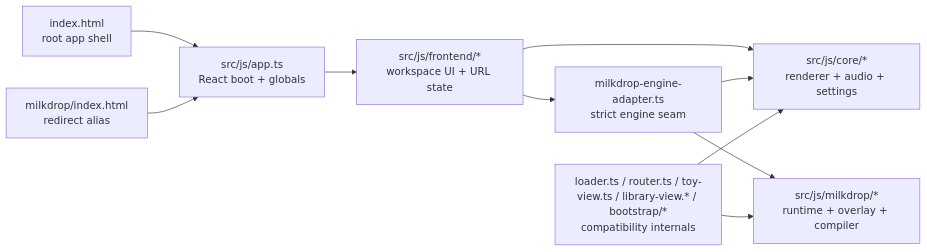
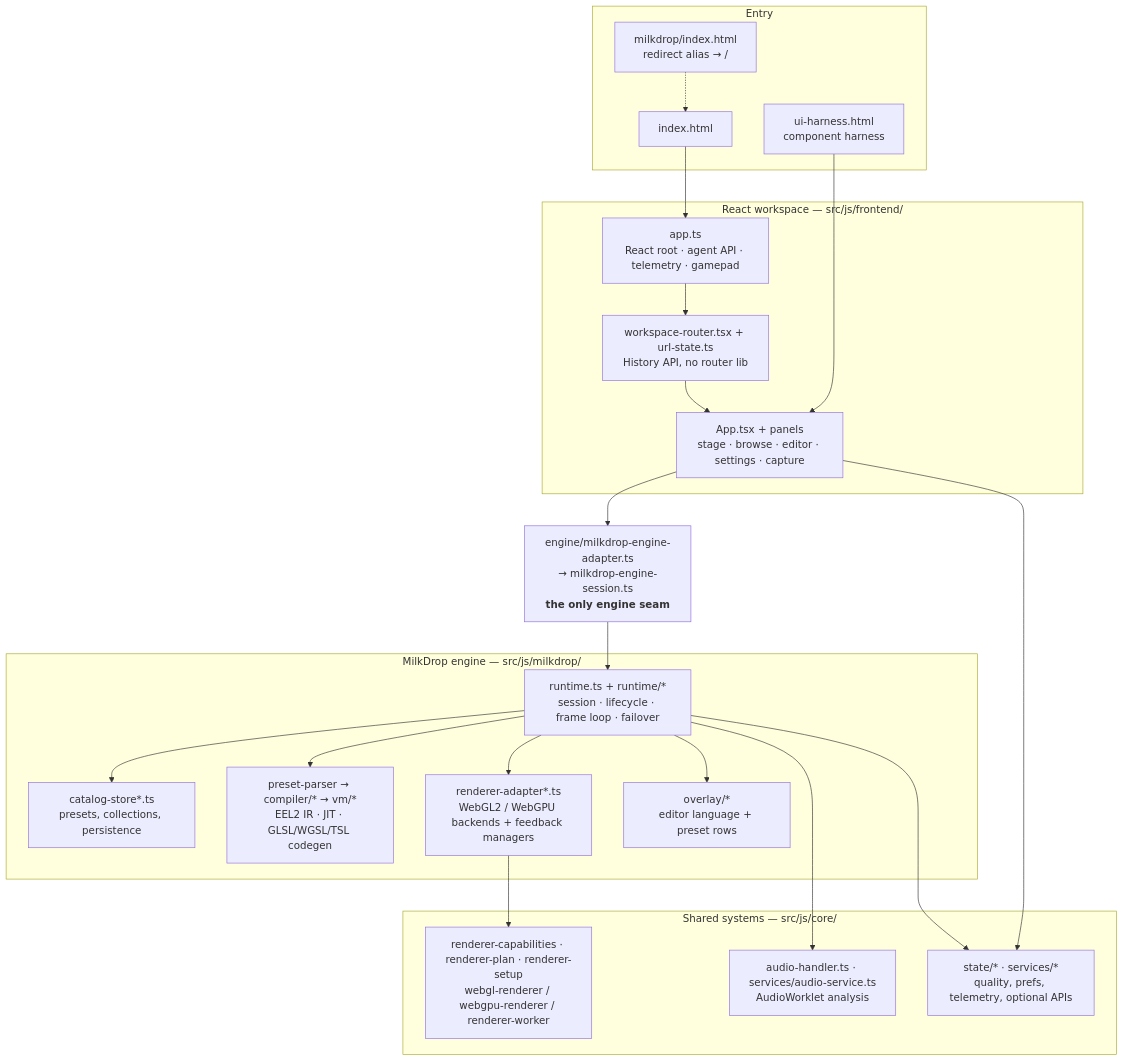
Before and after one commit to zz-plant/stims: the first of 2 diagrams in docs/ARCHITECTURE.md, drawn with Mermaid. The commit also changed other lines of this file and 34 other files, not shown here.

````diff
--- a/docs/ARCHITECTURE.md
+++ b/docs/ARCHITECTURE.md
@@ -17,21 +19,45 @@
 ```mermaid
-flowchart LR
-  Entry["index.html<br/>root app shell"]
-  Alias["milkdrop/index.html<br/>redirect alias"]
-  App["src/js/app.ts<br/>React boot + globals"]
-  Frontend["src/js/frontend/*<br/>workspace UI + URL state"]
-  Adapter["milkdrop-engine-adapter.ts<br/>strict engine seam"]
-  Core["src/js/core/*<br/>renderer + audio + settings"]
-  Milkdrop["src/js/milkdrop/*<br/>runtime + overlay + compiler"]
-  Legacy["loader.ts / router.ts / toy-view.ts / library-view.* / bootstrap/*<br/>compatibility internals"]
+flowchart TB
+  subgraph shell["Entry"]
+    Entry["index.html"]
+    Alias["milkdrop/index.html<br/>redirect alias → /"]
+    Harness["ui-harness.html<br/>component harness"]
+  end
+
+  subgraph react["React workspace — src/js/frontend/"]
+    App["app.ts<br/>React root · agent API · telemetry · gamepad"]
+    Router["workspace-router.tsx + url-state.ts<br/>History API, no router lib"]
+    UI["App.tsx + panels<br/>stage · browse · editor · settings · capture"]
+  end
+
+  Adapter["engine/milkdrop-engine-adapter.ts<br/>→ milkdrop-engine-session.ts<br/><b>the only engine seam</b>"]
+
+  subgraph engine["MilkDrop engine — src/js/milkdrop/"]
+    Runtime["runtime.ts + runtime/*<br/>session · lifecycle · frame loop · failover"]
+    Catalog["catalog-store*.ts<br/>presets, collections, persistence"]
+    Compile["preset-parser → compiler/* → vm/*<br/>EEL2 IR · JIT · GLSL/WGSL/TSL codegen"]
+    RAdapter["renderer-adapter*.ts<br/>WebGL2 / WebGPU backends + feedback managers"]
+    Overlay["overlay/*<br/>editor language + preset rows"]
+  end
+
+  subgraph core["Shared systems — src/js/core/"]
+    Audio["audio-handler.ts · services/audio-service.ts<br/>AudioWorklet analysis"]
+    Render["renderer-capabilities · renderer-plan · renderer-setup<br/>webgl-renderer / webgpu-renderer / renderer-worker"]
+    State["state/* · services/*<br/>quality, prefs, telemetry, optional APIs"]
+  end
 
   Entry --> App
-  Alias --> App
-  App --> Frontend
-  Frontend --> Adapter
-  Frontend --> Core
-  Adapter --> Core
-  Adapter --> Milkdrop
-  Legacy --> Core
-  Legacy --> Milkdrop
+  Alias -.-> Entry
+  Harness --> UI
+  App --> Router --> UI
+  UI --> Adapter
+  UI --> State
+  Adapter --> Runtime
+  Runtime --> Catalog
+  Runtime --> Compile
+  Runtime --> RAdapter
+  Runtime --> Overlay
+  Runtime --> Audio
+  RAdapter --> Render
+  Runtime --> State
 ```
````
